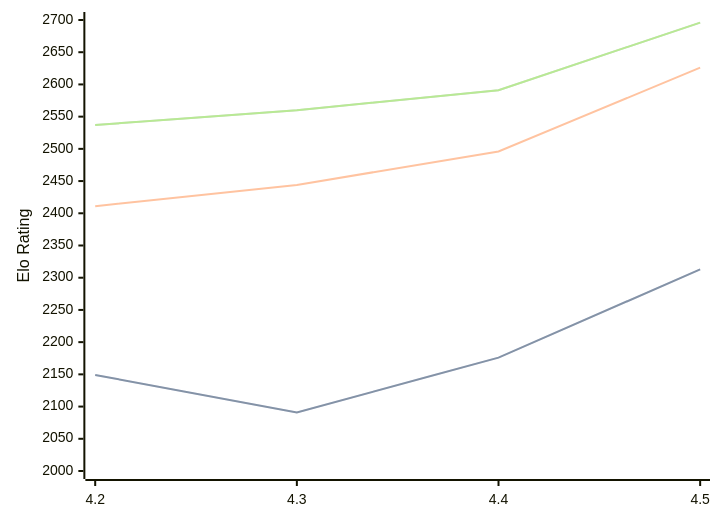
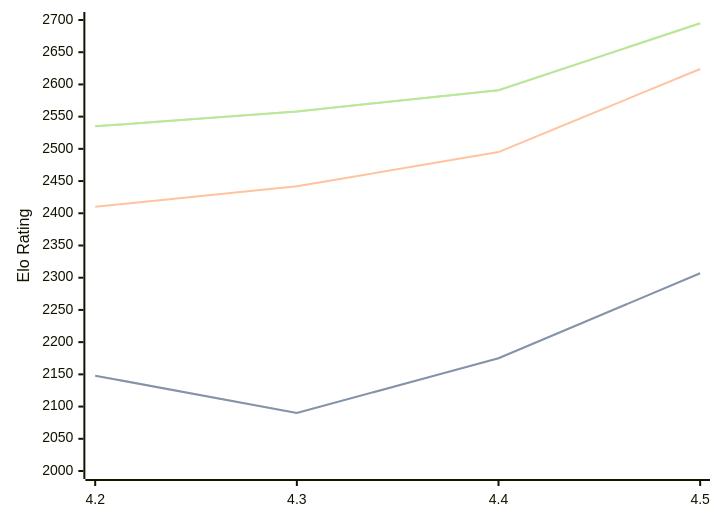
The diagram in engines/Eubos.md (computer-chess-index/cci), drawn with Mermaid before and after one commit. The commit also changed other lines of this file, not shown here.

Commit message:
Update CCI Ratings (ELO VLTC) - 2026-08-04

````diff
--- a/engines/Eubos.md
+++ b/engines/Eubos.md
@@ -90,11 +90,11 @@
 ```mermaid
 %%{init: {"theme":"base","themeVariables":{"seriesColors:['#a3a3a3','#222221','#faa371']}}}%%
 xychart-beta
   x-axis ["4.2", "4.3", "4.4", "4.5"]
   y-axis "Elo Rating" 2000 --> 2700
-  line "STC (8.0+0.08s)" [2149, 2091, 2176, 2313]
-  line "STC (8.0+0.08s)" [2149, 2091, 2176, 2313]
-  line "LTC (60.0+0.60s)" [2411, 2444, 2496, 2626]
-  line "VLTC (2m24s+1.12s)" [2537, 2560, 2591, 2696]
-  line "VLTC (2m24s+1.12s)" [2537, 2560, 2591, 2696]
+  line "STC (8.0+0.08s)" [2148, 2090, 2175, 2307]
+  line "STC (8.0+0.08s)" [2148, 2090, 2175, 2307]
+  line "LTC (60.0+0.60s)" [2410, 2442, 2495, 2624]
+  line "VLTC (2m24s+1.12s)" [2535, 2558, 2591, 2695]
+  line "VLTC (2m24s+1.12s)" [2535, 2558, 2591, 2695]
 ```
````
